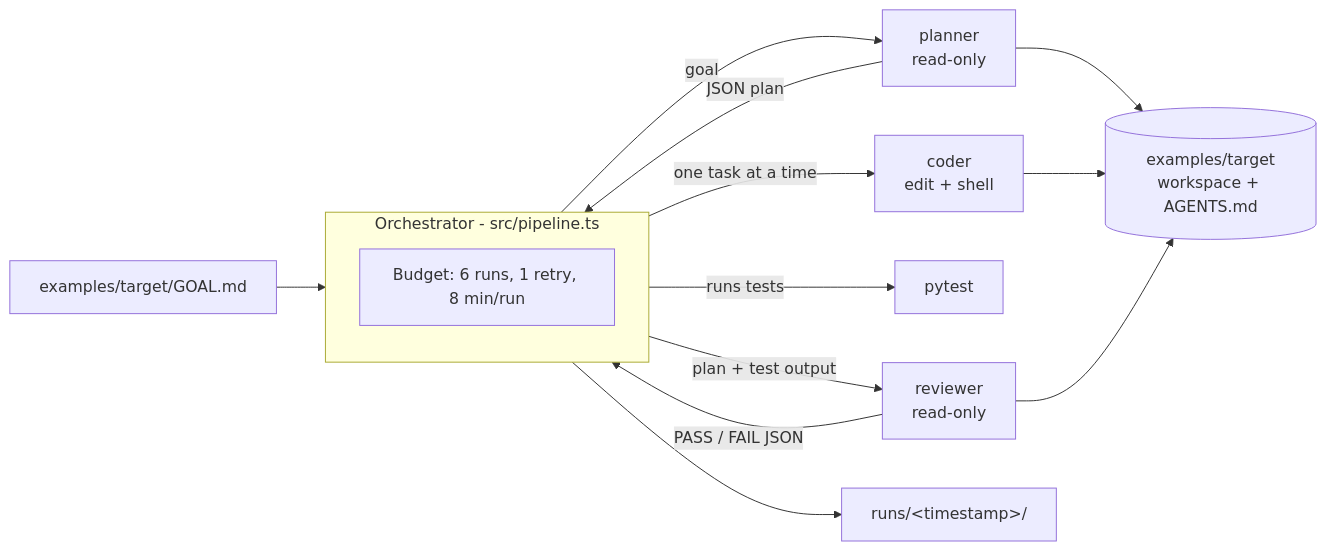
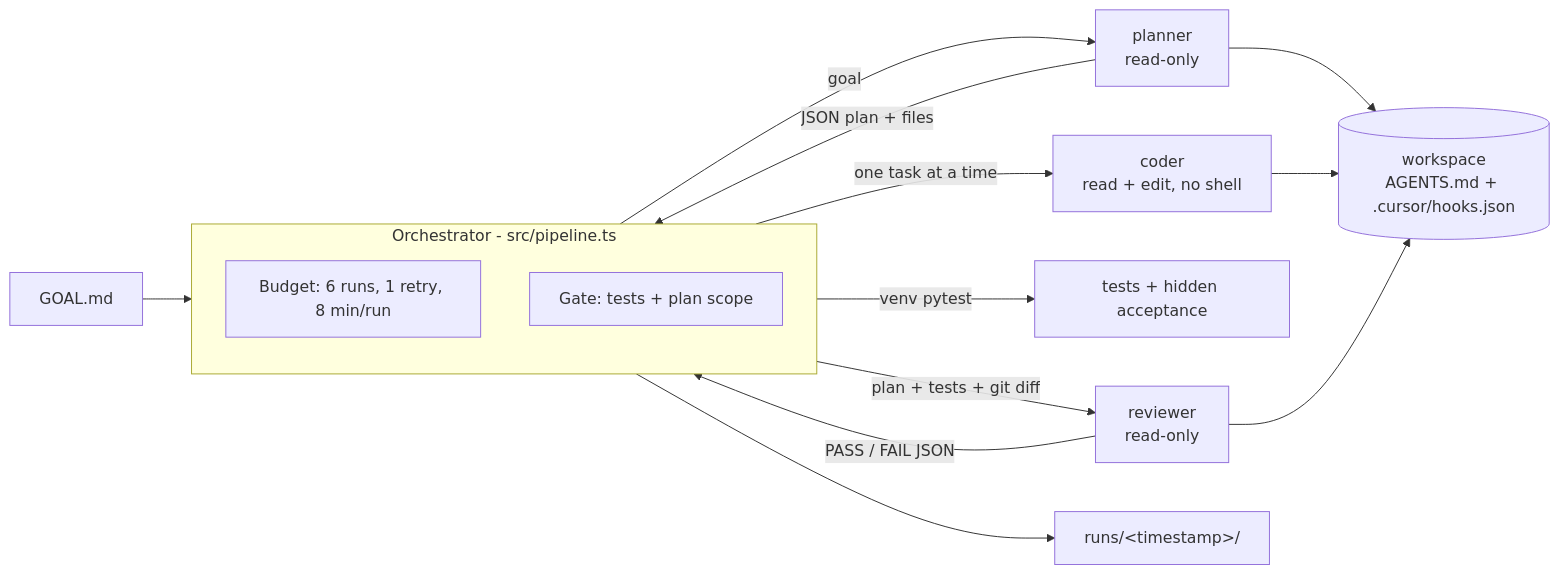
Before and after one commit to nishanttyagi28/agent-control-tower: the diagram in README.md, drawn with Mermaid. The commit also changed other lines of this file and 3 other files, not shown here.

````diff
--- a/README.md
+++ b/README.md
@@ -14,15 +17,16 @@
 ```mermaid
 flowchart LR
-    goal[examples/target/GOAL.md] --> O
+    goal[GOAL.md] --> O
     subgraph O[Orchestrator - src/pipeline.ts]
         B[Budget: 6 runs, 1 retry, 8 min/run]
+        G[Gate: tests + plan scope]
     end
     O -->|goal| P[planner<br/>read-only]
-    P -->|JSON plan| O
-    O -->|one task at a time| C[coder<br/>edit + shell]
-    O -->|runs tests| T[pytest]
-    O -->|plan + test output| R[reviewer<br/>read-only]
+    P -->|JSON plan + files| O
+    O -->|one task at a time| C[coder<br/>read + edit, no shell]
+    O -->|venv pytest| T[tests + hidden acceptance]
+    O -->|plan + tests + git diff| R[reviewer<br/>read-only]
     R -->|PASS / FAIL JSON| O
-    P & C & R --> W[(examples/target<br/>workspace + AGENTS.md)]
+    P & C & R --> W[(workspace<br/>AGENTS.md + .cursor/hooks.json)]
     O --> L[runs/&lt;timestamp&gt;/]
 ```
````
